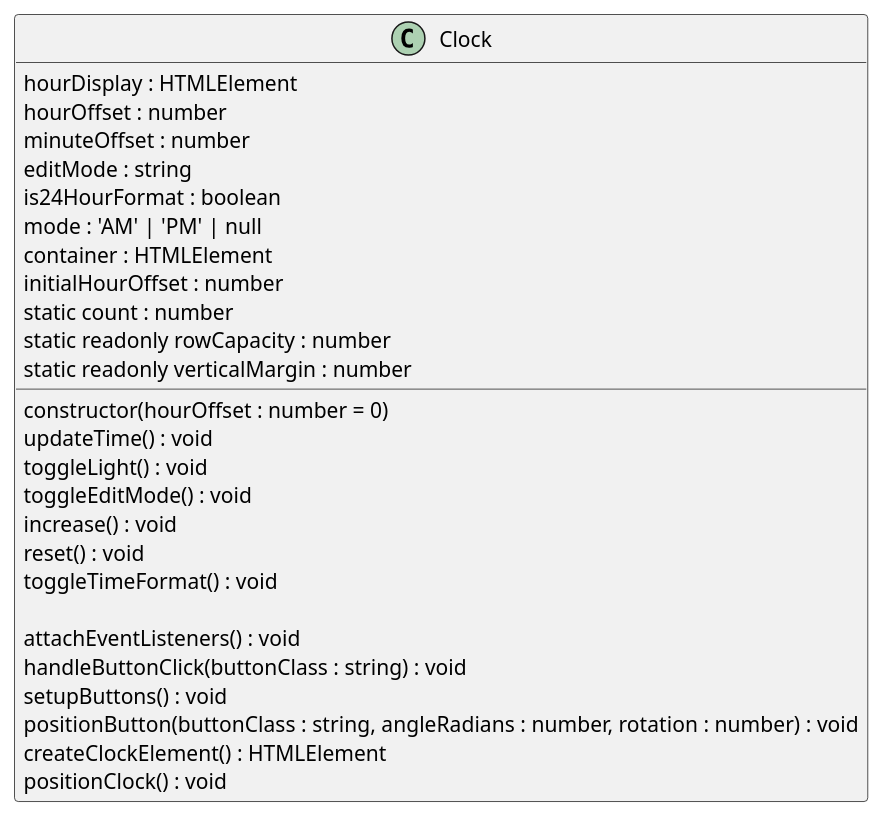
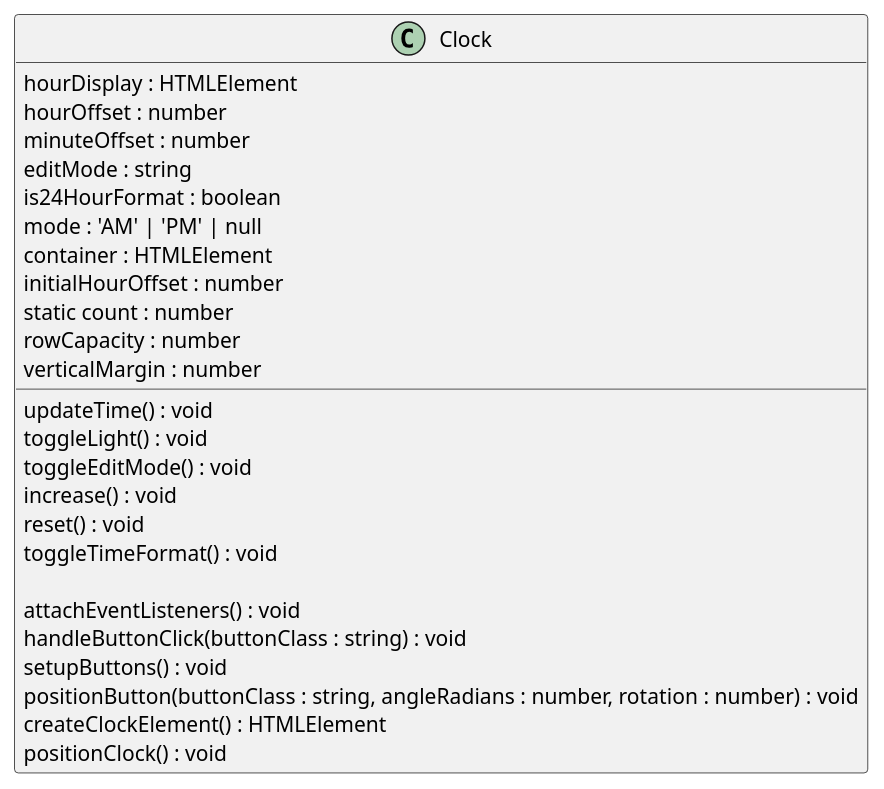
The diagram in src/class_diagram.puml (claireperroux/template-ts), drawn with PlantUML before and after one commit. The commit also changed 1 other file, not shown here.

```diff
--- a/src/class_diagram.puml
+++ b/src/class_diagram.puml
@@ -1,31 +1,30 @@
 @startuml Diagramme de classe
 class Clock {
     hourDisplay : HTMLElement
     hourOffset : number
     minuteOffset : number
     editMode : string
     is24HourFormat : boolean
     mode : 'AM' | 'PM' | null
     container : HTMLElement
     initialHourOffset : number
     static count : number
-    static readonly rowCapacity : number
-    static readonly verticalMargin : number
+    rowCapacity : number
+    verticalMargin : number
 
-    constructor(hourOffset : number = 0)
     updateTime() : void
     toggleLight() : void
     toggleEditMode() : void
     increase() : void
     reset() : void
     toggleTimeFormat() : void
 
     attachEventListeners() : void
     handleButtonClick(buttonClass : string) : void
     setupButtons() : void
     positionButton(buttonClass : string, angleRadians : number, rotation : number) : void
     createClockElement() : HTMLElement
     positionClock() : void
 }
 
 @enduml
```
